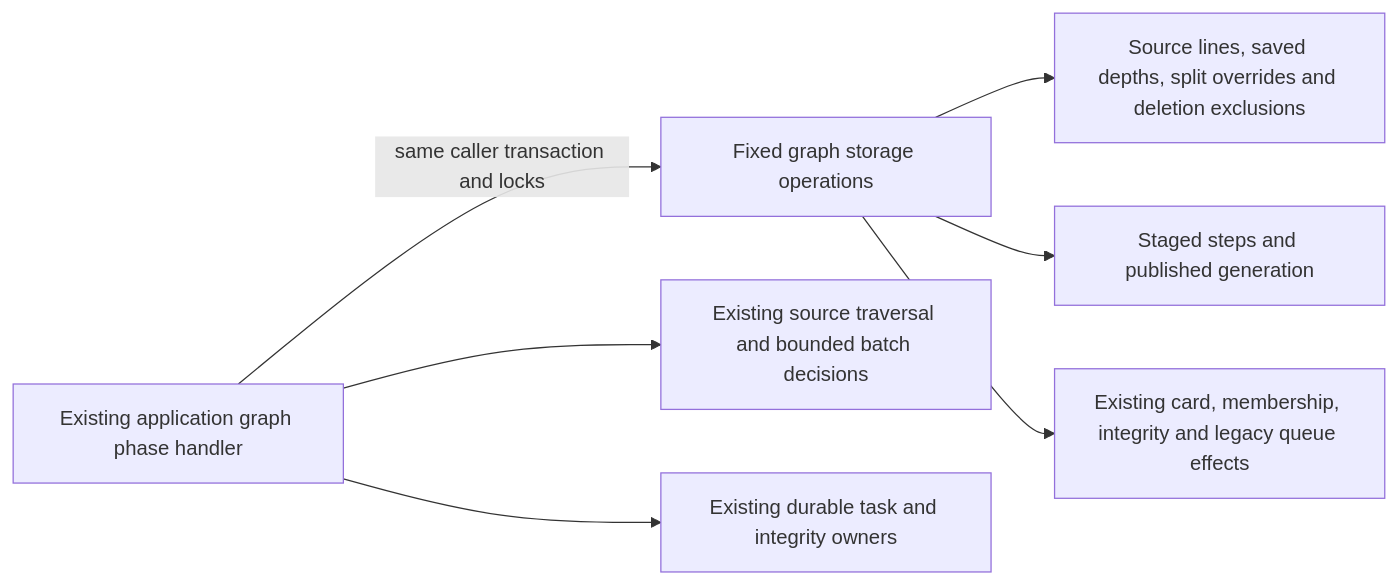
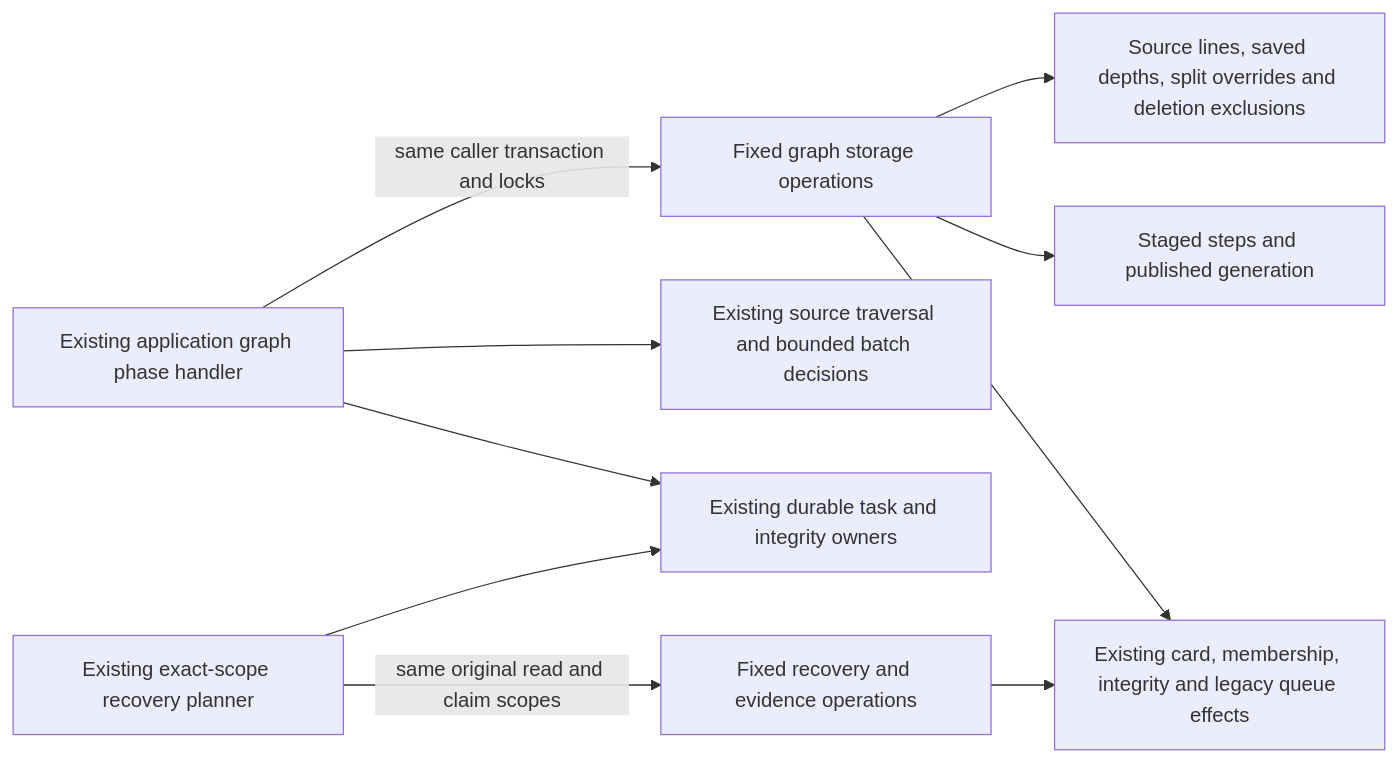
Before and after one commit to aaweaver-actuary/tempo: the diagram in database/tempo_legacy_database/adapters/opening_graph/README.md, drawn with Mermaid. The commit also changed other lines of this file and 6 other files, not shown here.

Commit message:
Centralize opening graph recovery fixed reads and resource mechanics

````diff
--- a/database/tempo_legacy_database/adapters/opening_graph/README.md
+++ b/database/tempo_legacy_database/adapters/opening_graph/README.md
@@ -7,9 +7,12 @@
 ```mermaid
 flowchart LR
   app[Existing application graph phase handler] -->|same caller transaction and locks| storage[Fixed graph storage operations]
   app --> planner[Existing source traversal and bounded batch decisions]
   app --> tasks[Existing durable task and integrity owners]
   storage --> source[Source lines, saved depths, split overrides and deletion exclusions]
   storage --> publishedGraph[Staged steps and published generation]
   storage --> shared[Existing card, membership, integrity and legacy queue effects]
+  recoveryApp[Existing exact-scope recovery planner] -->|same original read and claim scopes| recoveryDB[Fixed recovery and evidence operations]
+  recoveryApp --> tasks
+  recoveryDB --> shared
 ```
````
